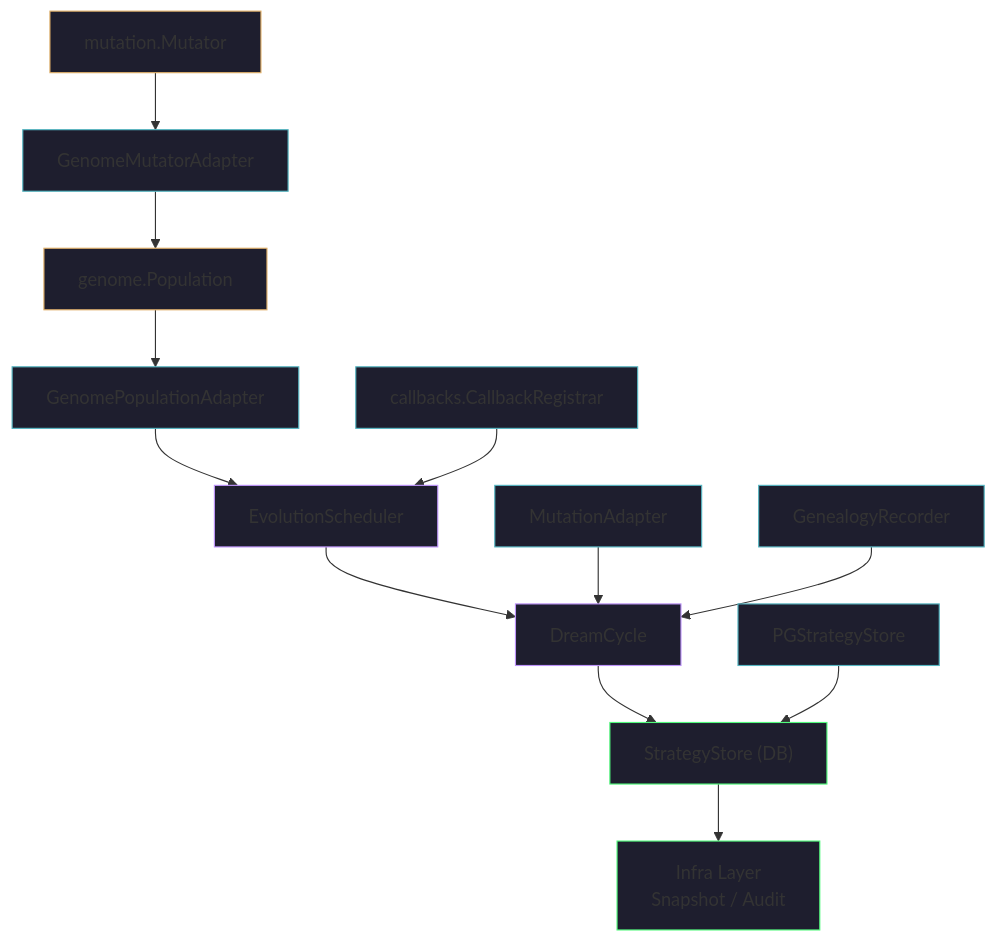
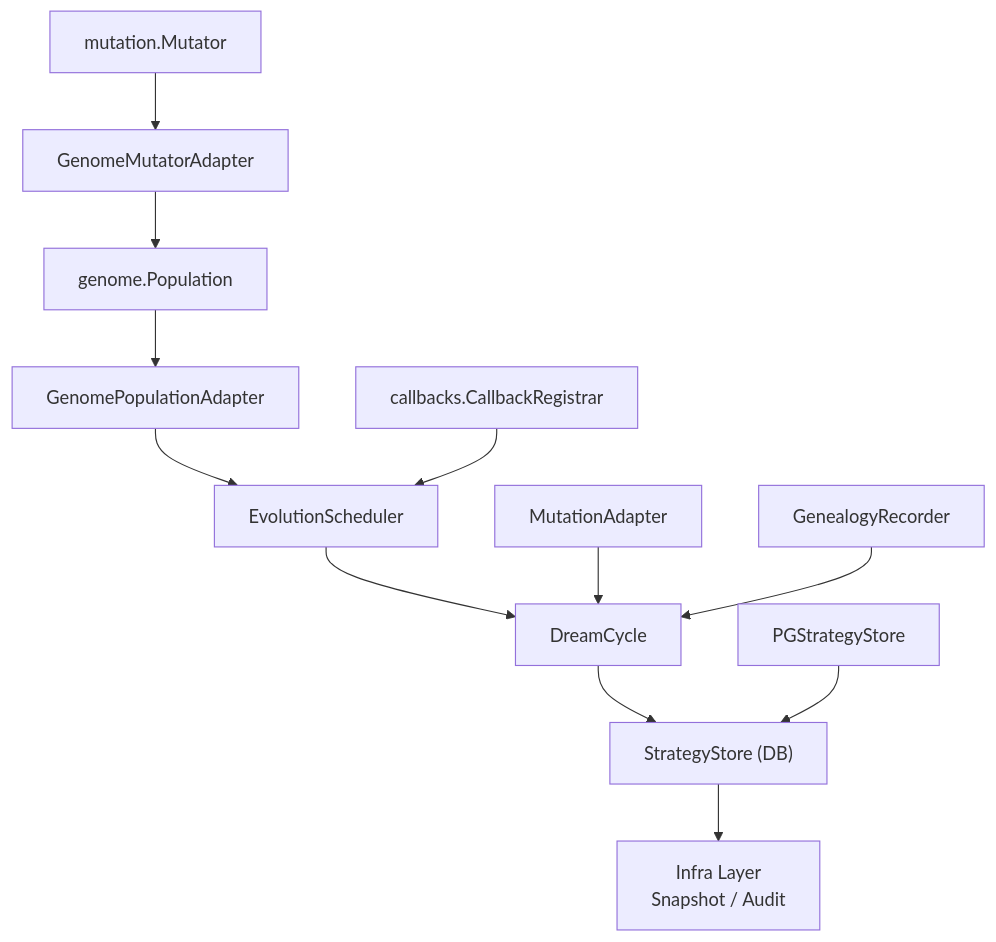
Before and after one commit to Timwood0x10/myblog: the sixth of 9 diagrams in content/log/ARES/11-autonomous-evolution-deep-dive.md, drawn with Mermaid. The commit also changed other lines of this file and 11 other files, not shown here.

Commit message:
refactor(theme): unify Mermaid chart theme styles

````diff
--- a/content/log/ARES/11-autonomous-evolution-deep-dive.md
+++ b/content/log/ARES/11-autonomous-evolution-deep-dive.md
@@ -1735,27 +1718,15 @@
 ```mermaid
 graph TD
     MM[mutation.Mutator] --> GMA[GenomeMutatorAdapter]
     GMA --> GP[genome.Population]
     GP --> GPA[GenomePopulationAdapter]
     GPA --> ES[EvolutionScheduler]
     CR[callbacks.CallbackRegistrar] --> ES
     ES --> DC[DreamCycle]
     MA[MutationAdapter] --> DC
     GR[GenealogyRecorder] --> DC
     DC --> SS["StrategyStore (DB)"]
     PGS[PGStrategyStore] --> SS
     SS --> IL["Infra Layer\nSnapshot / Audit"]
 
-    style MM fill:#1e1e2e,stroke:#e0af68
-    style GMA fill:#1e1e2e,stroke:#56b6c2
-    style GP fill:#1e1e2e,stroke:#e0af68
-    style GPA fill:#1e1e2e,stroke:#56b6c2
-    style ES fill:#1e1e2e,stroke:#bd93f9
-    style CR fill:#1e1e2e,stroke:#56b6c2
-    style DC fill:#1e1e2e,stroke:#bd93f9
-    style MA fill:#1e1e2e,stroke:#56b6c2
-    style GR fill:#1e1e2e,stroke:#56b6c2
-    style SS fill:#1e1e2e,stroke:#50fa7b
-    style PGS fill:#1e1e2e,stroke:#56b6c2
-    style IL fill:#1e1e2e,stroke:#50fa7b
 ```
````
